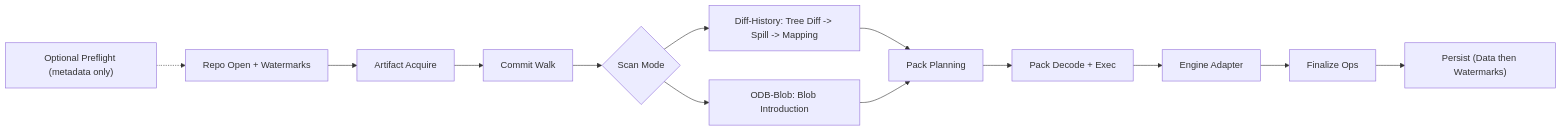
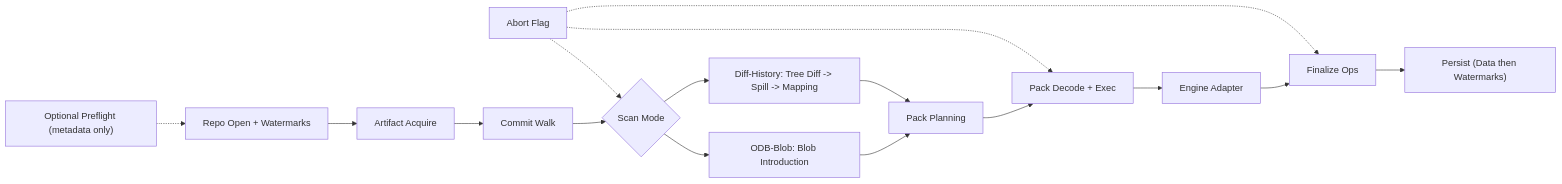
One commit to ahrav/Gossip-rs changed the diagram in docs/scanner-git/git-scanning.md. Above: the diagram before and after it, drawn with Mermaid. The commit also changed other lines of this file and 22 other files, not shown here.

````diff
--- a/docs/scanner-git/git-scanning.md
+++ b/docs/scanner-git/git-scanning.md
@@ -8,15 +8,18 @@
 ```mermaid
 flowchart LR
+    Cancel["Abort Flag"] -.-> Mode
+    Cancel -.-> PackExec
+    Cancel -.-> Finalize
     Preflight["Optional Preflight (metadata only)"] -.-> RepoOpen["Repo Open + Watermarks"]
     RepoOpen --> ArtifactAcquire["Artifact Acquire"]
     ArtifactAcquire --> CommitWalk["Commit Walk"]
     CommitWalk --> Mode{"Scan Mode"}
     Mode --> Diff["Diff-History: Tree Diff -> Spill -> Mapping"]
     Mode --> Odb["ODB-Blob: Blob Introduction"]
     Diff --> PackPlan["Pack Planning"]
     Odb --> PackPlan
     PackPlan --> PackExec["Pack Decode + Exec"]
     PackExec --> EngineAdapter["Engine Adapter"]
     EngineAdapter --> Finalize["Finalize Ops"]
     Finalize --> Persist["Persist (Data then Watermarks)"]
 ```
````
